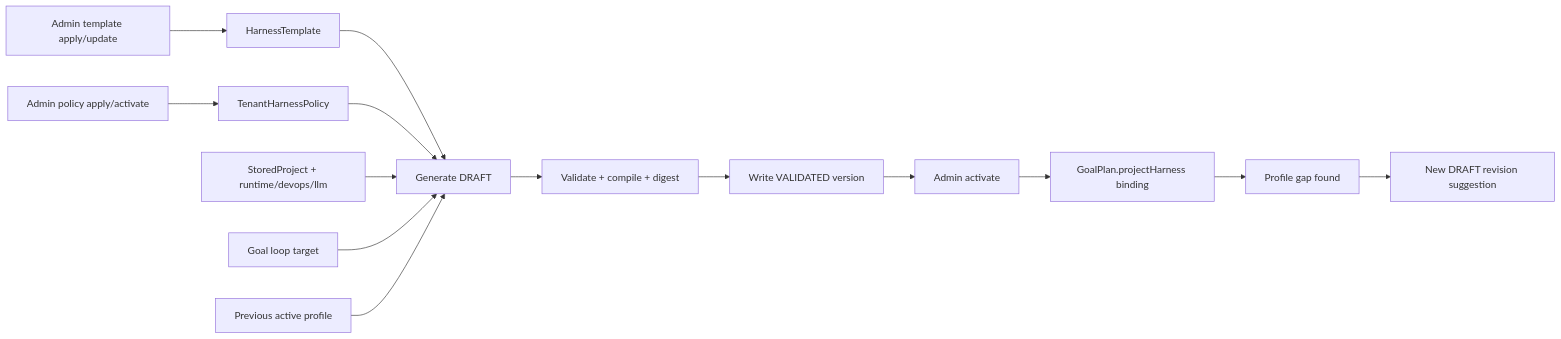
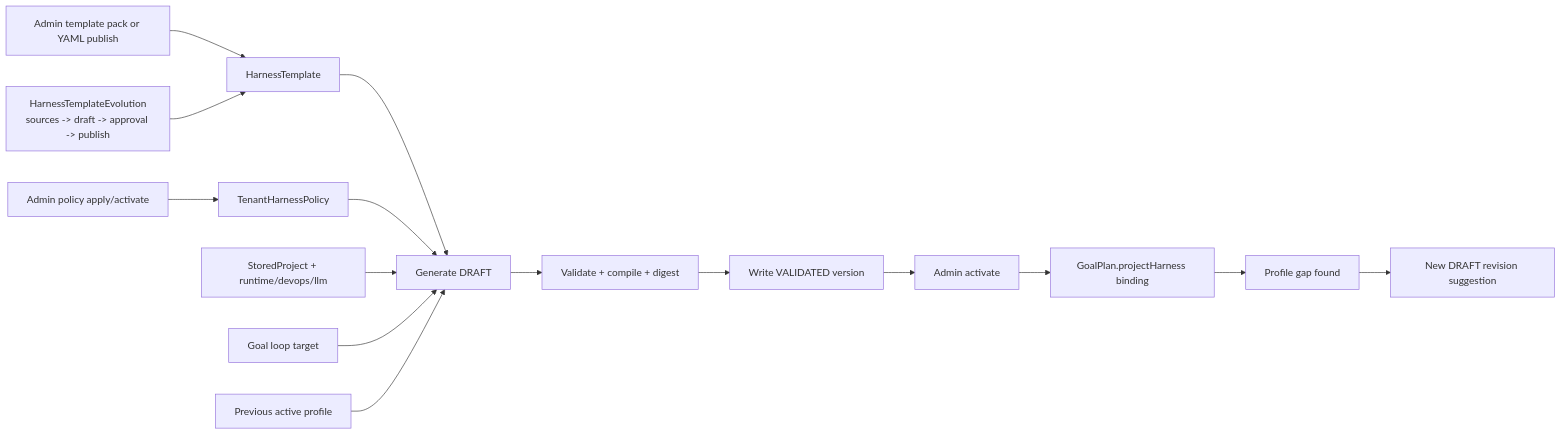
One commit to yeliang-wang/evopilot changed the diagram in docs/architecture/project-harness-profile.md. Above: the diagram before and after it, drawn with Mermaid. The commit also changed other lines of this file and 19 other files, not shown here.

Commit message:
Add HarnessTemplate evolution control plane

````diff
--- a/docs/architecture/project-harness-profile.md
+++ b/docs/architecture/project-harness-profile.md
@@ -18,16 +18,17 @@
 ```mermaid
 flowchart LR
-  Admin["Admin template apply/update"] --> Template["HarnessTemplate"]
+  Admin["Admin template pack or YAML publish"] --> Template["HarnessTemplate"]
+  Evolution["HarnessTemplateEvolution\nsources -> draft -> approval -> publish"] --> Template
   PolicyAdmin["Admin policy apply/activate"] --> Policy["TenantHarnessPolicy"]
   Template["HarnessTemplate"] --> Generate["Generate DRAFT"]
   Policy["TenantHarnessPolicy"] --> Generate
   Project["StoredProject + runtime/devops/llm"] --> Generate
   Goal["Goal loop target"] --> Generate
   Previous["Previous active profile"] --> Generate
   Generate --> Validate["Validate + compile + digest"]
   Validate --> Apply["Write VALIDATED version"]
   Apply --> Activate["Admin activate"]
   Activate --> Plan["GoalPlan.projectHarness binding"]
   Plan --> Gap["Profile gap found"]
   Gap --> Revision["New DRAFT revision suggestion"]
 ```
````
